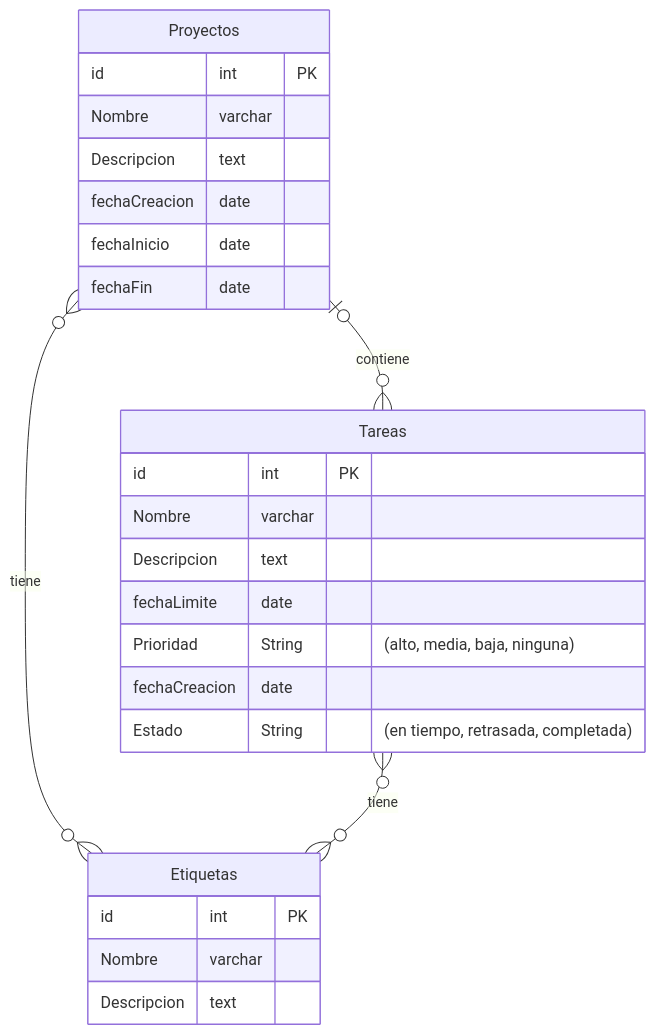
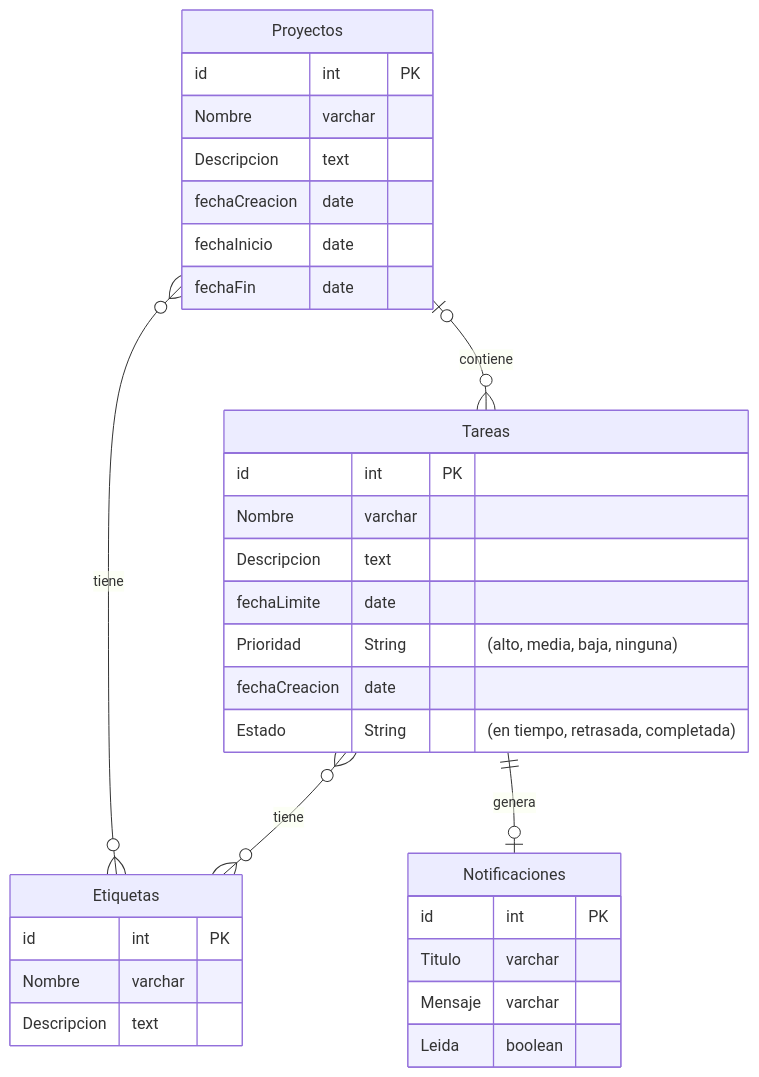
One commit to a19albertons/Tus-Tareas changed the third of 4 diagrams in doc/templates/3_deseño.md. Above: the diagram before and after it, drawn with Mermaid. The commit also changed other lines of this file, not shown here.

Commit message:
Actualización diseño con tabla para notificaciones

````diff
--- a/doc/templates/3_deseño.md
+++ b/doc/templates/3_deseño.md
@@ -55,32 +58,39 @@
 ```mermaid
 erDiagram
     %% tablas
     Tareas {
         id int PK
         Nombre varchar
         Descripcion text
         fechaLimite date
         Prioridad String "(alto, media, baja, ninguna)"
         fechaCreacion date
         Estado String "(en tiempo, retrasada, completada)"
 
     }
     Proyectos {
         id int PK
         Nombre varchar
         Descripcion text
         fechaCreacion date
         fechaInicio date
         fechaFin date
     }
     Etiquetas {
         id int PK
         Nombre varchar
         Descripcion text
     }
+    Notificaciones {
+        id int PK
+        Titulo varchar
+        Mensaje varchar
+        Leida boolean
+    }
 
     %% relaciones
     Proyectos o|--o{ Tareas : contiene
     Proyectos o{--o{ Etiquetas : tiene
     Tareas o{--o{ Etiquetas : tiene
+    Tareas ||--o| Notificaciones : genera
 ```
````
